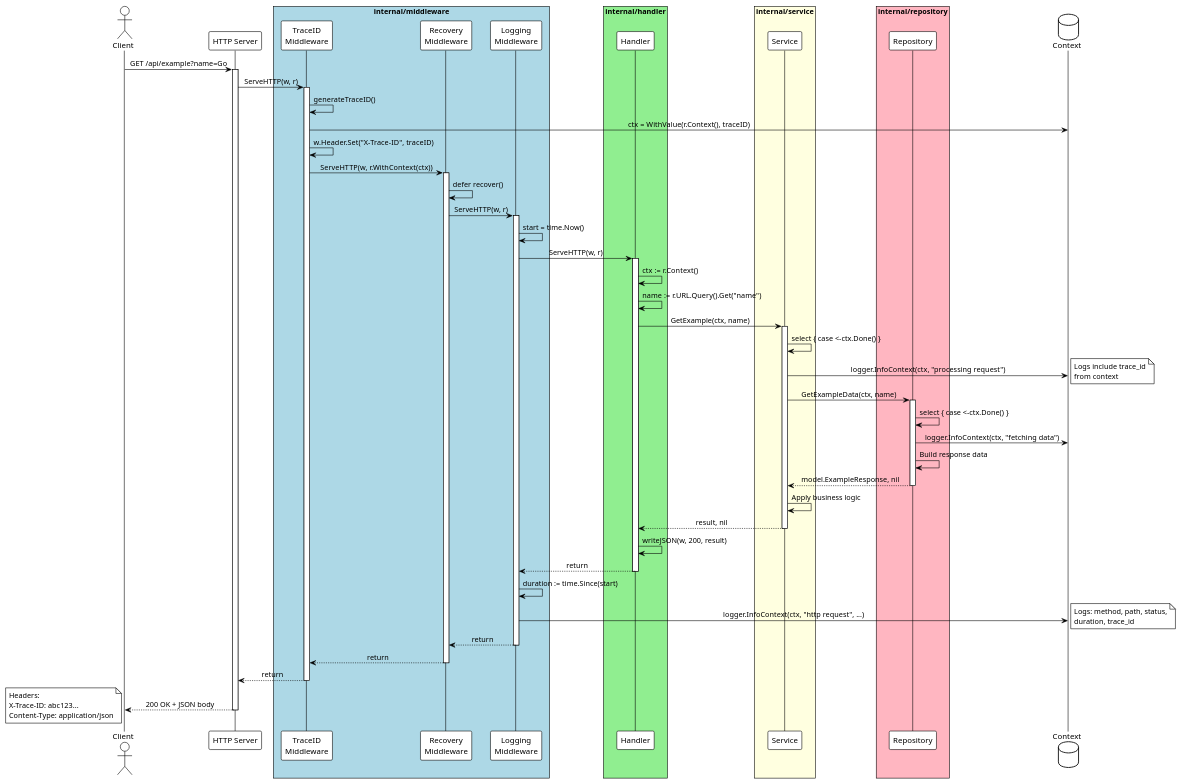
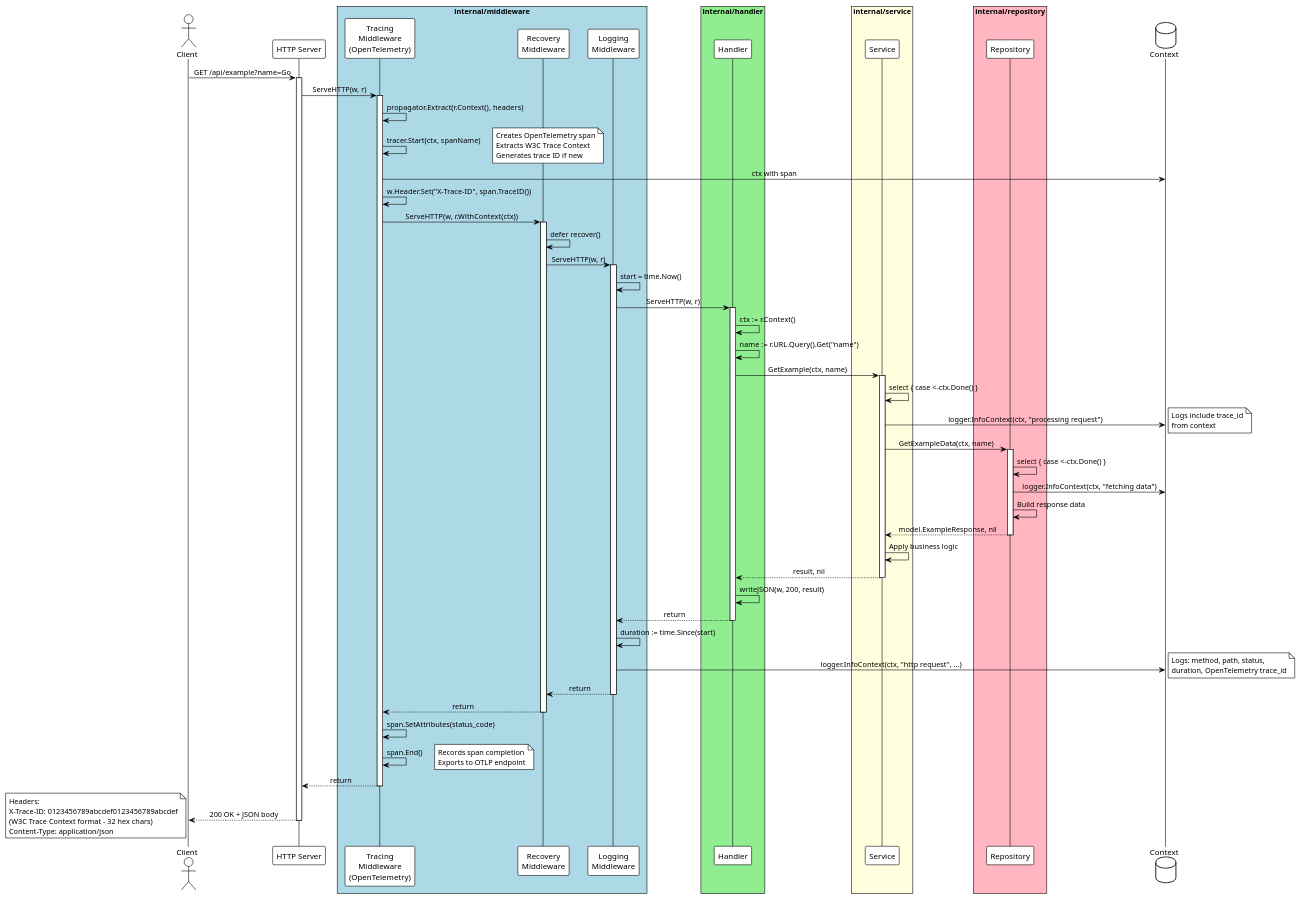
The diagram in docs/request-lifecycle.puml (ahxar/go-backend-service), drawn with PlantUML before and after one commit. The commit also changed 4 other files, not shown here.

Commit message:
docs: enhance README with OpenTelemetry tracing details and configuration options

```diff
--- a/docs/request-lifecycle.puml
+++ b/docs/request-lifecycle.puml
@@ -1,94 +1,107 @@
 @startuml Request Lifecycle
 !theme plain
 skinparam sequenceMessageAlign center
 skinparam responseMessageBelowArrow true
 
 actor Client
 participant "HTTP Server" as Server
 box "internal/middleware" #LightBlue
-participant "TraceID\nMiddleware" as TraceID
+participant "Tracing\nMiddleware\n(OpenTelemetry)" as Tracing
 participant "Recovery\nMiddleware" as Recovery
 participant "Logging\nMiddleware" as Logging
 end box
 box "internal/handler" #LightGreen
 participant "Handler" as Handler
 end box
 box "internal/service" #LightYellow
 participant "Service" as Service
 end box
 box "internal/repository" #LightPink
 participant "Repository" as Repository
 end box
 database "Context" as Context
 
 Client -> Server: GET /api/example?name=Go
 activate Server
 
-Server -> TraceID: ServeHTTP(w, r)
-activate TraceID
-TraceID -> TraceID: generateTraceID()
-TraceID -> Context: ctx = WithValue(r.Context(), traceID)
-TraceID -> TraceID: w.Header.Set("X-Trace-ID", traceID)
+Server -> Tracing: ServeHTTP(w, r)
+activate Tracing
+Tracing -> Tracing: propagator.Extract(r.Context(), headers)
+Tracing -> Tracing: tracer.Start(ctx, spanName)
+note right
+  Creates OpenTelemetry span
+  Extracts W3C Trace Context
+  Generates trace ID if new
+end note
+Tracing -> Context: ctx with span
+Tracing -> Tracing: w.Header.Set("X-Trace-ID", span.TraceID())
 
-TraceID -> Recovery: ServeHTTP(w, r.WithContext(ctx))
+Tracing -> Recovery: ServeHTTP(w, r.WithContext(ctx))
 activate Recovery
 Recovery -> Recovery: defer recover()
 
 Recovery -> Logging: ServeHTTP(w, r)
 activate Logging
 Logging -> Logging: start = time.Now()
 
 Logging -> Handler: ServeHTTP(w, r)
 activate Handler
 Handler -> Handler: ctx := r.Context()
 Handler -> Handler: name := r.URL.Query().Get("name")
 
 Handler -> Service: GetExample(ctx, name)
 activate Service
 Service -> Service: select { case <-ctx.Done() }
 Service -> Context: logger.InfoContext(ctx, "processing request")
 note right
   Logs include trace_id
   from context
 end note
 
 Service -> Repository: GetExampleData(ctx, name)
 activate Repository
 Repository -> Repository: select { case <-ctx.Done() }
 Repository -> Context: logger.InfoContext(ctx, "fetching data")
 Repository -> Repository: Build response data
 Repository --> Service: model.ExampleResponse, nil
 deactivate Repository
 
 Service -> Service: Apply business logic
 Service --> Handler: result, nil
 deactivate Service
 
 Handler -> Handler: writeJSON(w, 200, result)
 Handler --> Logging: return
 deactivate Handler
 
 Logging -> Logging: duration := time.Since(start)
 Logging -> Context: logger.InfoContext(ctx, "http request", ...)
 note right
   Logs: method, path, status,
-  duration, trace_id
+  duration, OpenTelemetry trace_id
 end note
 Logging --> Recovery: return
 deactivate Logging
 
-Recovery --> TraceID: return
+Recovery --> Tracing: return
 deactivate Recovery
 
-TraceID --> Server: return
-deactivate TraceID
+Tracing -> Tracing: span.SetAttributes(status_code)
+Tracing -> Tracing: span.End()
+note right
+  Records span completion
+  Exports to OTLP endpoint
+end note
+Tracing --> Server: return
+deactivate Tracing
 
 Server --> Client: 200 OK + JSON body
 note left
   Headers:
-  X-Trace-ID: abc123...
+  X-Trace-ID: 0123456789abcdef0123456789abcdef
+  (W3C Trace Context format - 32 hex chars)
   Content-Type: application/json
 end note
 deactivate Server
 
 @enduml
```
